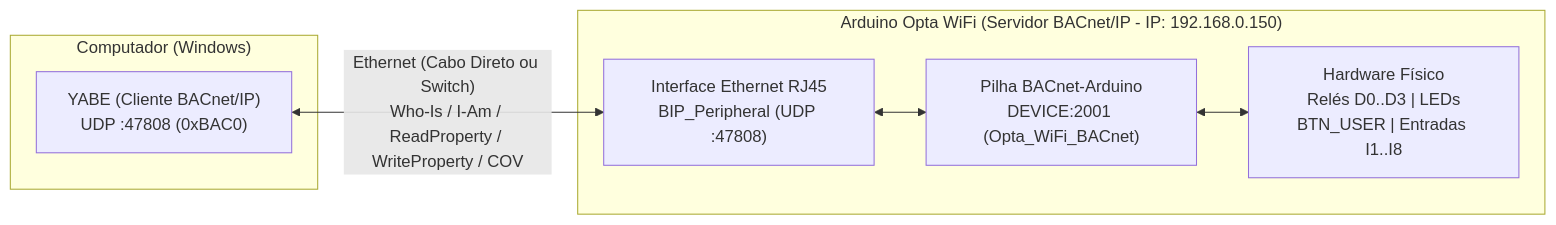
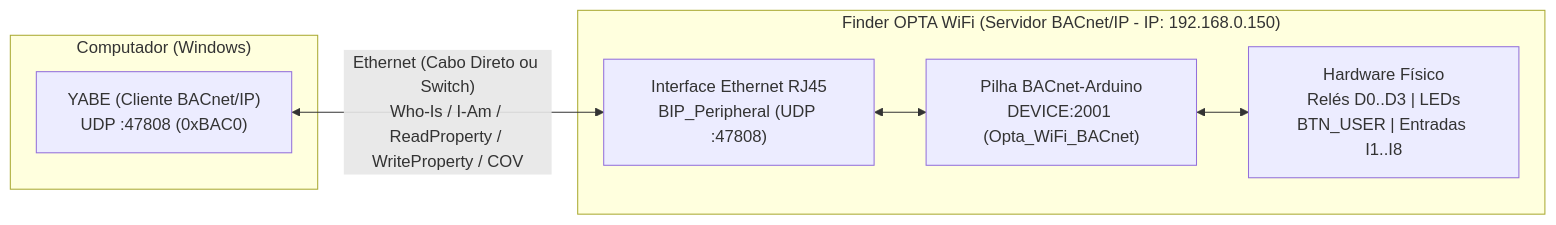
The first of 2 diagrams in docs/BACnet_IP_Arduino_Opta.md (DanielfArcos/BACnet-Finder-OPTA), drawn with Mermaid before and after one commit. The commit also changed other lines of this file and 8 other files, not shown here.

Commit message:
Docs & sketches: atualiza nomenclatura para Finder OPTA e pacotes ZIP

````diff
--- a/docs/BACnet_IP_Arduino_Opta.md
+++ b/docs/BACnet_IP_Arduino_Opta.md
@@ -29,16 +29,16 @@
 ```mermaid
 flowchart LR
     subgraph PC["Computador (Windows)"]
         YABE["YABE (Cliente BACnet/IP)\nUDP :47808 (0xBAC0)"]
     end
 
-    subgraph OPTA["Arduino Opta WiFi (Servidor BACnet/IP - IP: 192.168.0.150)"]
+    subgraph OPTA["Finder OPTA WiFi (Servidor BACnet/IP - IP: 192.168.0.150)"]
         ETH["Interface Ethernet RJ45\nBIP_Peripheral (UDP :47808)"]
         STACK["Pilha BACnet-Arduino\nDEVICE:2001 (Opta_WiFi_BACnet)"]
         IO["Hardware Físico\nRelés D0..D3 | LEDs\nBTN_USER | Entradas I1..I8"]
         ETH <--> STACK
         STACK <--> IO
     end
 
     YABE <-->|"Ethernet (Cabo Direto ou Switch)\nWho-Is / I-Am / ReadProperty / WriteProperty / COV"| ETH
 ```
````
